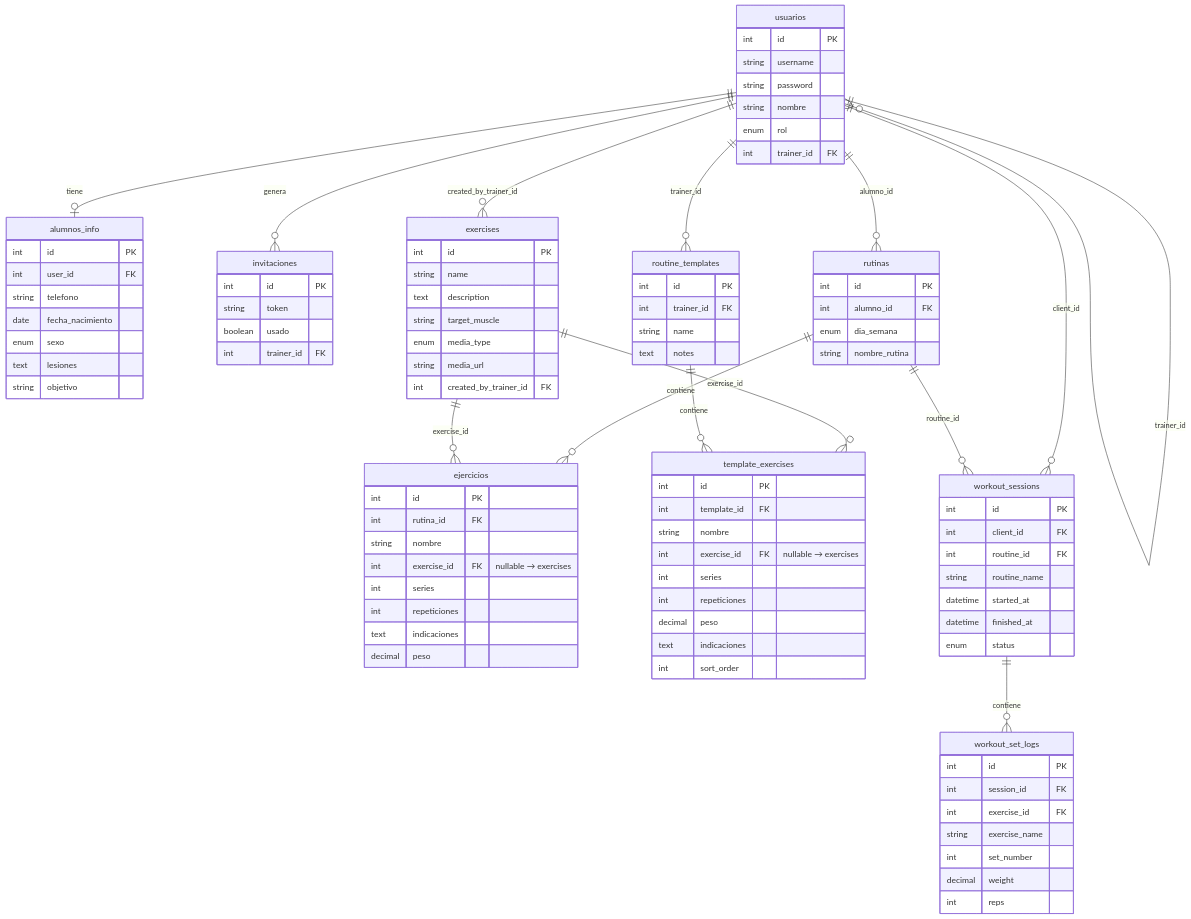
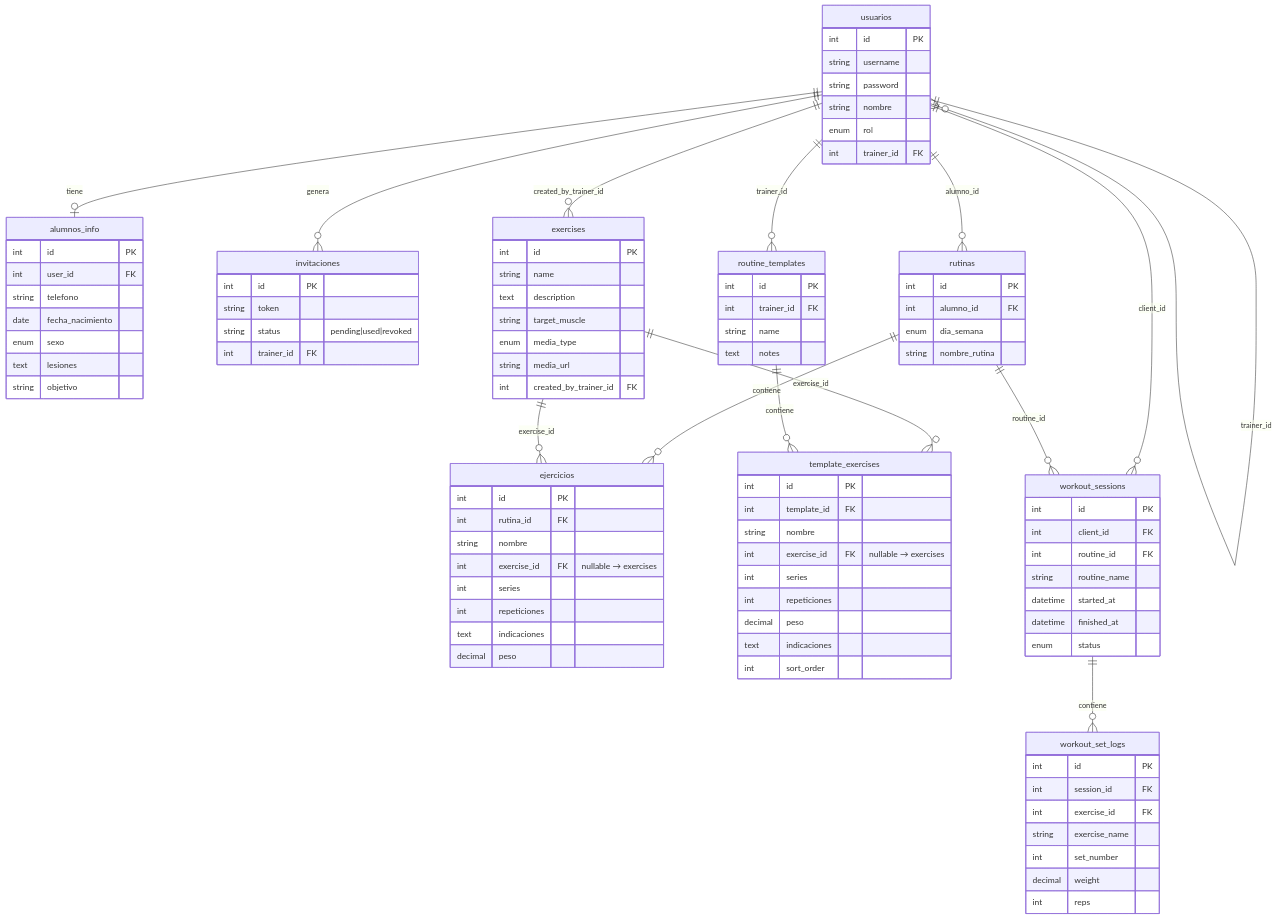
One commit to Jhon-Fuenwhv2024/appEntrenador changed the diagram in appEntrenador/docs/database-schema.md. Above: the diagram before and after it, drawn with Mermaid. The commit also changed other lines of this file and 20 other files, not shown here.

```diff
--- a/appEntrenador/docs/database-schema.md
+++ b/appEntrenador/docs/database-schema.md
@@ -90,7 +90,7 @@
   invitaciones {
     int id PK
     string token
-    boolean usado
+    string status "pending|used|revoked"
     int trainer_id FK
   }
 
```
